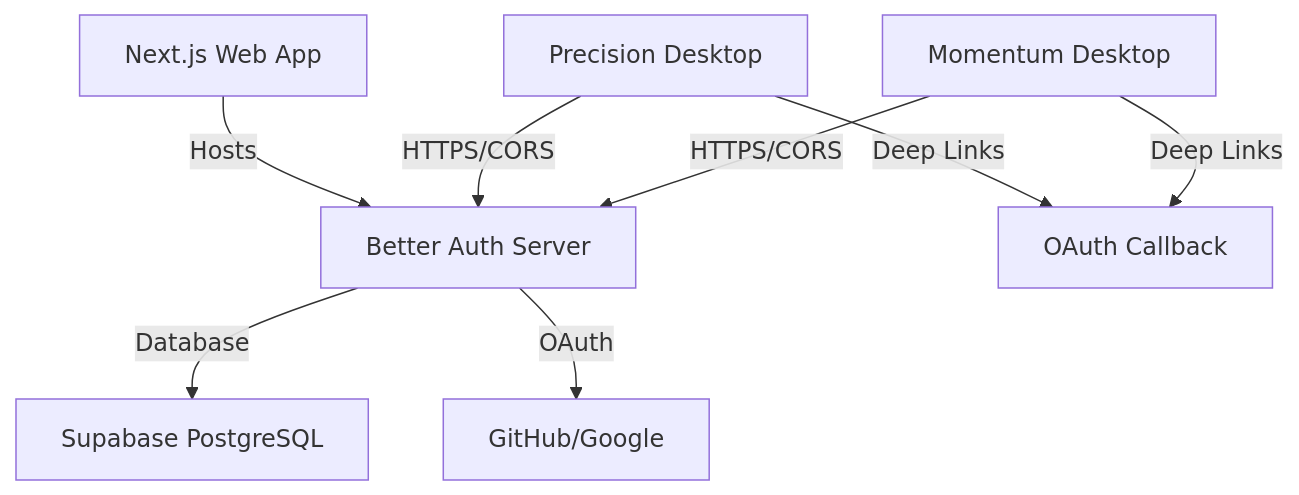
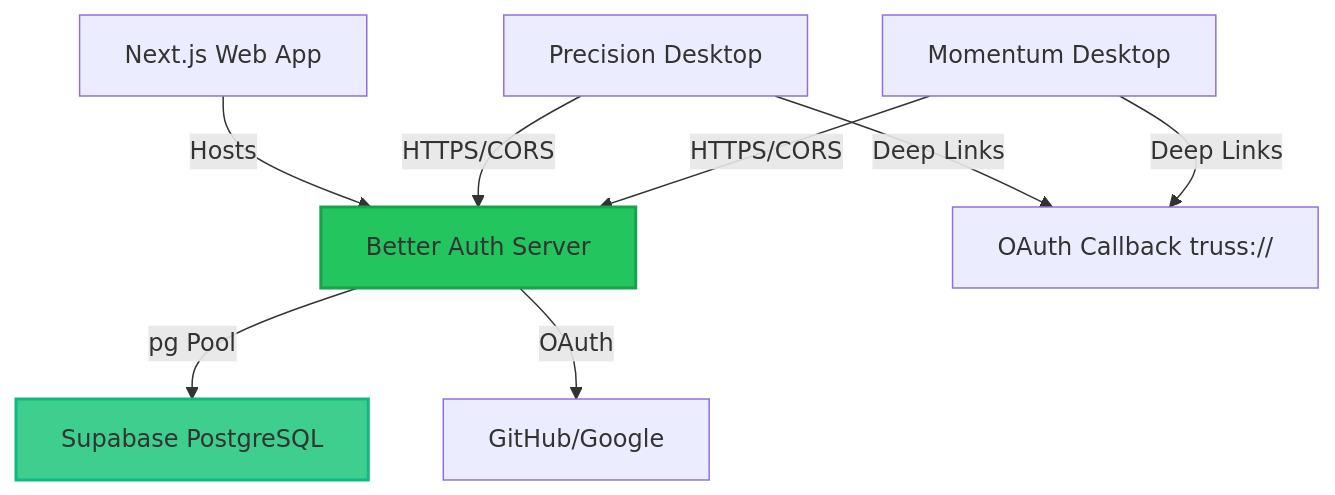
The first of 3 diagrams in .context/AUTHENTICATION.md (forerelic/truss), drawn with Mermaid before and after one commit. The commit also changed other lines of this file and 38 other files, not shown here.

````diff
--- a/.context/AUTHENTICATION.md
+++ b/.context/AUTHENTICATION.md
@@ -7,10 +8,13 @@
 ```mermaid
 graph TD
     A[Next.js Web App] -->|Hosts| B[Better Auth Server]
     C[Precision Desktop] -->|HTTPS/CORS| B
     D[Momentum Desktop] -->|HTTPS/CORS| B
-    B -->|Database| E[Supabase PostgreSQL]
+    B -->|pg Pool| E[Supabase PostgreSQL]
     B -->|OAuth| F[GitHub/Google]
-    C -->|Deep Links| G[OAuth Callback]
+    C -->|Deep Links| G[OAuth Callback truss://]
     D -->|Deep Links| G
+
+    style B fill:#22c55e,stroke:#16a34a,stroke-width:2px
+    style E fill:#3ecf8e,stroke:#10b981,stroke-width:2px
 ```
````
